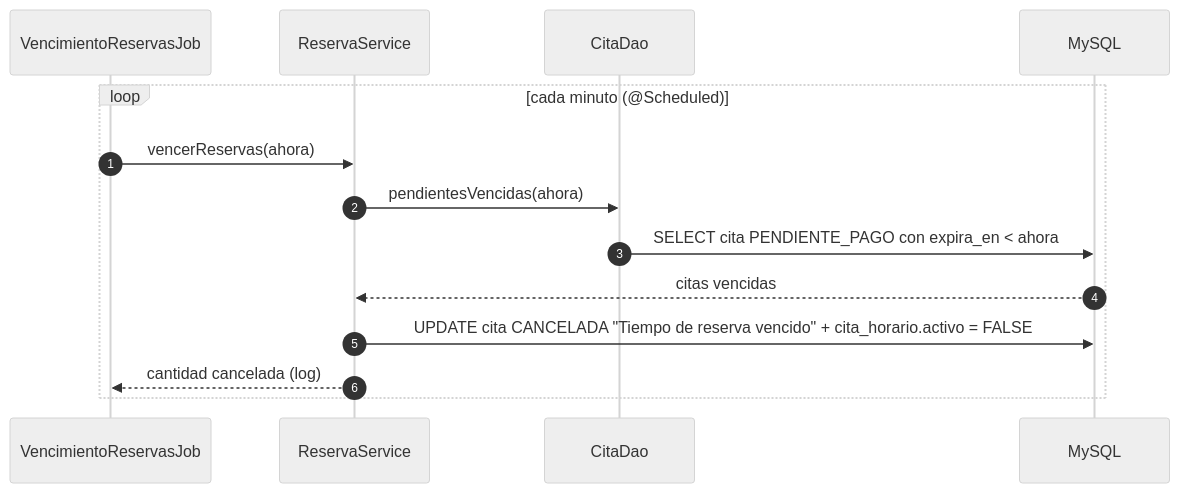
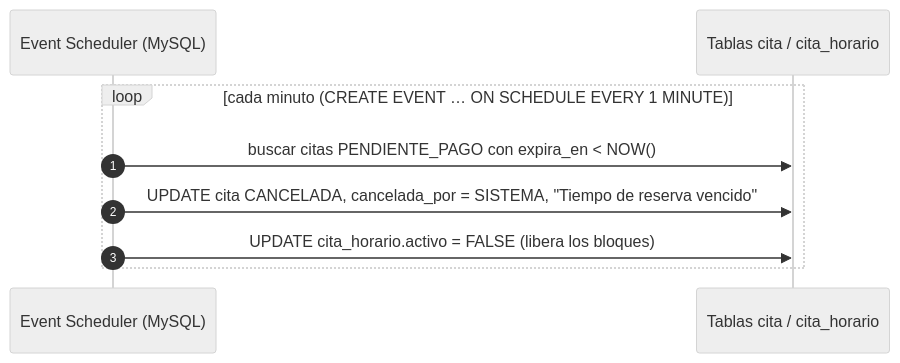
The sixth of 12 diagrams in README.md (manuelguarniz/medifast), drawn with Mermaid (neutral theme) before and after one commit. The commit also changed other lines of this file and 28 other files, not shown here.

````diff
--- a/README.md
+++ b/README.md
@@ -427,17 +427,12 @@
 ```mermaid
 sequenceDiagram
     autonumber
-    participant J as VencimientoReservasJob
-    participant S as ReservaService
-    participant D as CitaDao
-    participant DB as MySQL
+    participant EV as Event Scheduler (MySQL)
+    participant DB as Tablas cita / cita_horario
 
-    loop cada minuto (@Scheduled)
-        J->>S: vencerReservas(ahora)
-        S->>D: pendientesVencidas(ahora)
-        D->>DB: SELECT cita PENDIENTE_PAGO con expira_en < ahora
-        DB-->>S: citas vencidas
-        S->>DB: UPDATE cita CANCELADA "Tiempo de reserva vencido" + cita_horario.activo = FALSE
-        S-->>J: cantidad cancelada (log)
+    loop cada minuto (CREATE EVENT … ON SCHEDULE EVERY 1 MINUTE)
+        EV->>DB: buscar citas PENDIENTE_PAGO con expira_en < NOW()
+        EV->>DB: UPDATE cita CANCELADA, cancelada_por = SISTEMA, "Tiempo de reserva vencido"
+        EV->>DB: UPDATE cita_horario.activo = FALSE (libera los bloques)
     end
 ```
````
